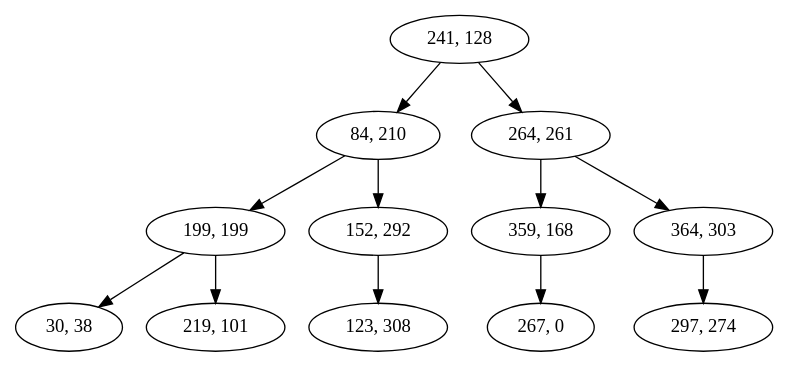
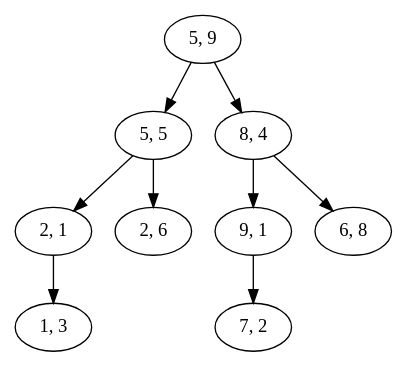
Before and after one commit to hAriasm/Practica4_ayed: the diagram in kdtree/kdtree.dot, drawn with Graphviz. The commit also changed 2 other files, not shown here.

```diff
--- a/kdtree/kdtree.dot
+++ b/kdtree/kdtree.dot
@@ -1,13 +1,10 @@
 digraph G {
-  "241, 128" -> "84, 210";
-  "84, 210" -> "199, 199";
-  "199, 199" -> "30, 38";
-  "199, 199" -> "219, 101";
-  "84, 210" -> "152, 292";
-  "152, 292" -> "123, 308";
-  "241, 128" -> "264, 261";
-  "264, 261" -> "359, 168";
-  "359, 168" -> "267, 0";
-  "264, 261" -> "364, 303";
-  "364, 303" -> "297, 274";
+  "5, 9" -> "5, 5";
+  "5, 5" -> "2, 1";
+  "2, 1" -> "1, 3";
+  "5, 5" -> "2, 6";
+  "5, 9" -> "8, 4";
+  "8, 4" -> "9, 1";
+  "9, 1" -> "7, 2";
+  "8, 4" -> "6, 8";
 }
```
